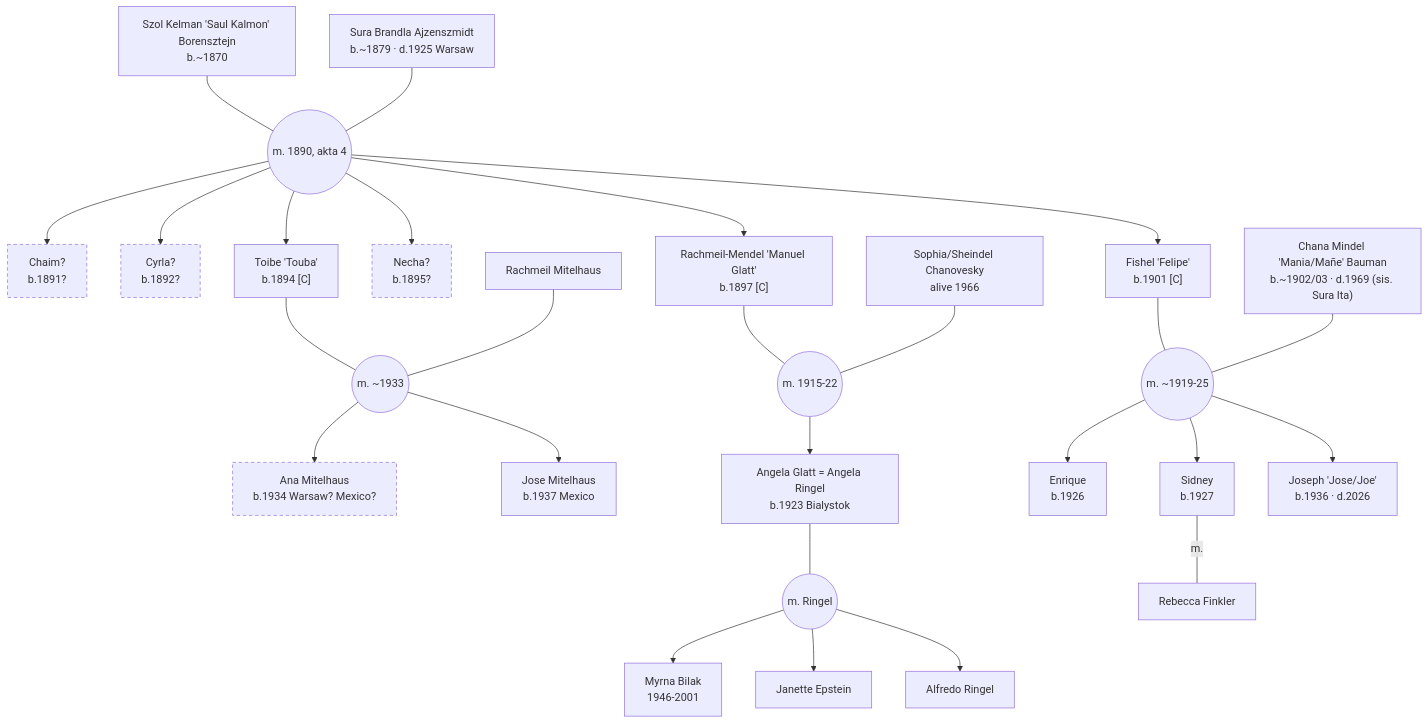
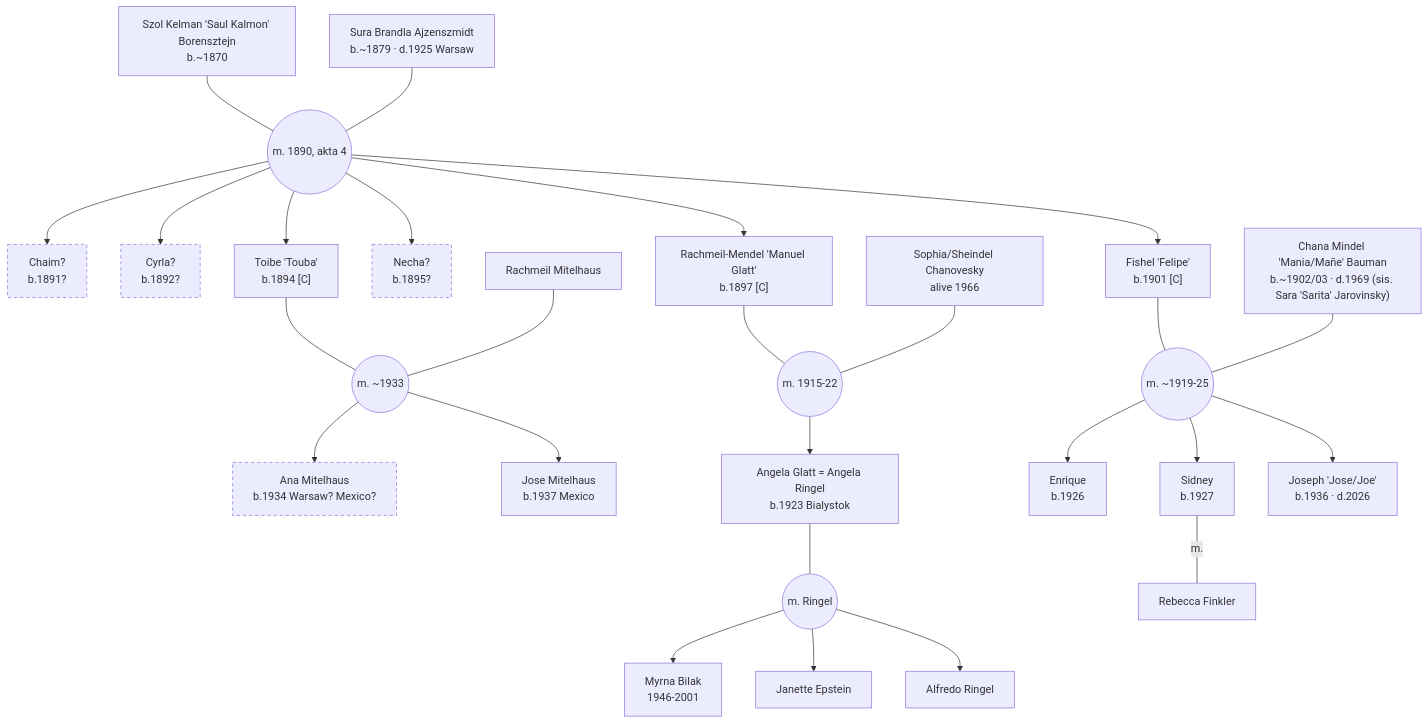
One commit to pborenstein/geneaology changed the second of 5 diagrams in data/family-tree.md. Above: the diagram before and after it, drawn with Mermaid. The commit also changed 6 other files, not shown here.

First line of the commit message:
fix(data): Sara Jarovinsky was Mania's sister (a Bauman), not Felipe's — A27 corrected; 'Sura Ita' = Sarita

````diff
--- a/data/family-tree.md
+++ b/data/family-tree.md
@@ -56,36 +56,36 @@
 ```mermaid
 graph TD
     A01["Szol Kelman 'Saul Kalmon' Borensztejn<br/>b.~1870"] --- MA0102(("m. 1890, akta 4"))
     A02["Sura Brandla Ajzenszmidt<br/>b.~1879 · d.1925 Warsaw"] --- MA0102
     MA0102 --> A12["Chaim?<br/>b.1891?"]
     MA0102 --> A13["Cyrla?<br/>b.1892?"]
     MA0102 --> A03["Toibe 'Touba'<br/>b.1894 [C]"]
     MA0102 --> A14["Necha?<br/>b.1895?"]
     MA0102 --> A04["Rachmeil-Mendel 'Manuel Glatt'<br/>b.1897 [C]"]
     MA0102 --> A05["Fishel 'Felipe'<br/>b.1901 [C]"]
 
     A03 --- MA03M(("m. ~1933"))
     MITEL["Rachmeil Mitelhaus"] --- MA03M
     MA03M --> ANAM["Ana Mitelhaus<br/>b.1934 Warsaw? Mexico?"]
     MA03M --> JOSEM["Jose Mitelhaus<br/>b.1937 Mexico"]
 
     A04 --- MA0407(("m. 1915-22"))
     A07["Sophia/Sheindel Chanovesky<br/>alive 1966"] --- MA0407
     MA0407 --> A08["Angela Glatt = Angela Ringel<br/>b.1923 Bialystok"]
     A08 --- MA08R(("m. Ringel"))
     MA08R --> A09["Myrna Bilak<br/>1946-2001"]
     MA08R --> A10["Janette Epstein"]
     MA08R --> A11["Alfredo Ringel"]
 
     A05 --- MA0506(("m. ~1919-25"))
-    A06["Chana Mindel 'Mania/Mañe' Bauman<br/>b.~1902/03 · d.1969 (sis. Sura Ita)"] --- MA0506
+    A06["Chana Mindel 'Mania/Mañe' Bauman<br/>b.~1902/03 · d.1969 (sis. Sara 'Sarita' Jarovinsky)"] --- MA0506
     MA0506 --> A16["Enrique<br/>b.1926"]
     MA0506 --> A17["Sidney<br/>b.1927"]
     MA0506 --> A18["Joseph 'Jose/Joe'<br/>b.1936 · d.2026"]
     A17 ---|"m."| FINKLER["Rebecca Finkler"]
 
     style A12 stroke-dasharray:5 4
     style A13 stroke-dasharray:5 4
     style A14 stroke-dasharray:5 4
     style ANAM stroke-dasharray:5 4
 ```
````
